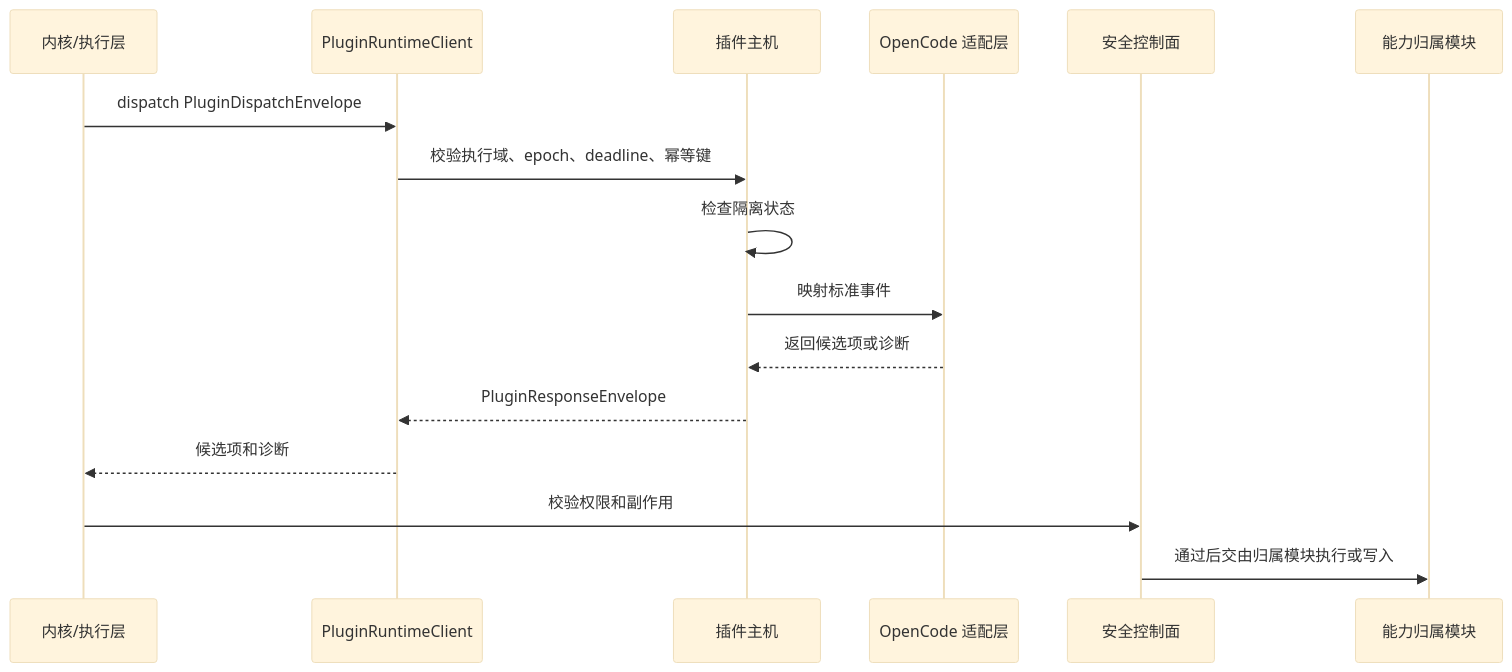
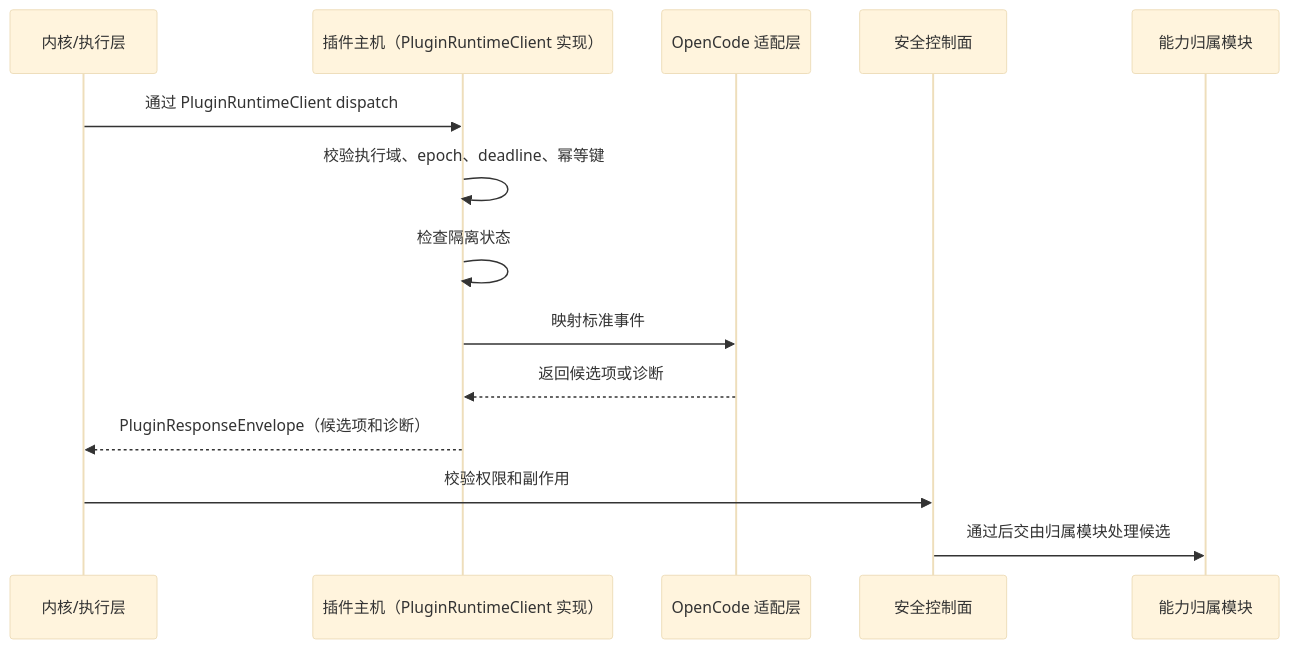
One commit to 1688mengdie/BitFun changed the third of 4 diagrams in docs/architecture/plugin-runtime-host-design.md. Above: the diagram before and after it, drawn with Mermaid (base theme). The commit also changed other lines of this file and 6 other files, not shown here.

Commit message:
docs(architecture): clarify plugin execution roadmap

````diff
--- a/docs/architecture/plugin-runtime-host-design.md
+++ b/docs/architecture/plugin-runtime-host-design.md
@@ -113,19 +165,17 @@
 ```mermaid
 sequenceDiagram
   participant Kernel as 内核/执行层
-  participant Client as PluginRuntimeClient
-  participant Host as 插件主机
+  participant Host as 插件主机（PluginRuntimeClient 实现）
   participant Adapter as OpenCode 适配层
   participant Security as 安全控制面
   participant Owner as 能力归属模块
 
-  Kernel->>Client: dispatch PluginDispatchEnvelope
-  Client->>Host: 校验执行域、epoch、deadline、幂等键
+  Kernel->>Host: 通过 PluginRuntimeClient dispatch
+  Host->>Host: 校验执行域、epoch、deadline、幂等键
   Host->>Host: 检查隔离状态
   Host->>Adapter: 映射标准事件
   Adapter-->>Host: 返回候选项或诊断
-  Host-->>Client: PluginResponseEnvelope
-  Client-->>Kernel: 候选项和诊断
+  Host-->>Kernel: PluginResponseEnvelope（候选项和诊断）
   Kernel->>Security: 校验权限和副作用
-  Security->>Owner: 通过后交由归属模块执行或写入
+  Security->>Owner: 通过后交由归属模块处理候选
 ```
````
